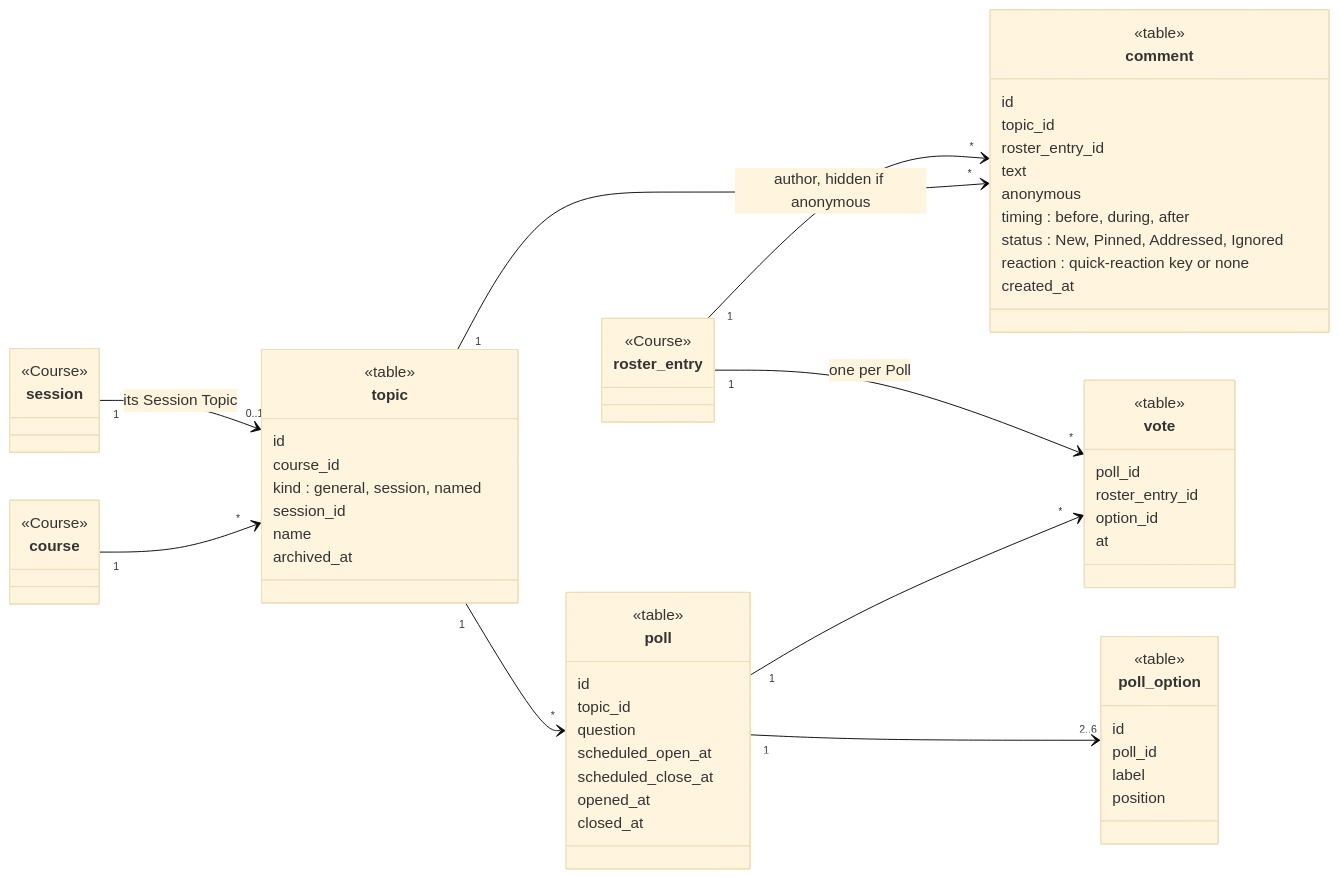
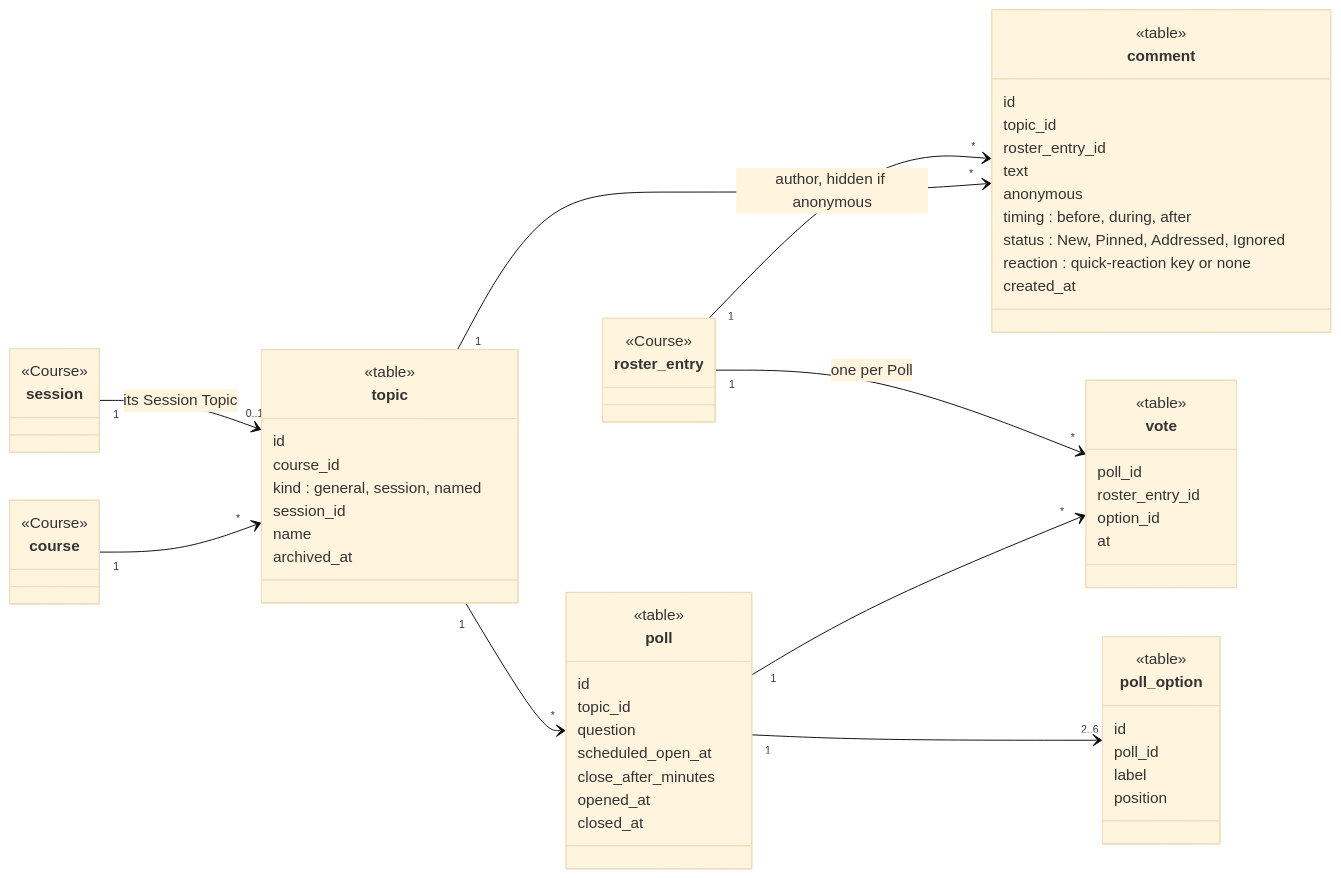
The fourth of 7 diagrams in docs/diagrams/class-diagram.md (ofeq-dev/class-connect), drawn with Mermaid (base theme) before and after one commit. The commit also changed other lines of this file and 1 other file, not shown here.

Commit message:
Record Polls' close_after_minutes, copyPoll and announce in the diagrams

````diff
--- a/docs/diagrams/class-diagram.md
+++ b/docs/diagrams/class-diagram.md
@@ -257,66 +259,66 @@
 ```mermaid
 classDiagram
   direction LR
   class course {
     <<Course>>
   }
   class session {
     <<Course>>
   }
   class roster_entry {
     <<Course>>
   }
   class topic {
     <<table>>
     id
     course_id
     kind : general, session, named
     session_id
     name
     archived_at
   }
   class comment {
     <<table>>
     id
     topic_id
     roster_entry_id
     text
     anonymous
     timing : before, during, after
     status : New, Pinned, Addressed, Ignored
     reaction : quick-reaction key or none
     created_at
   }
   class poll {
     <<table>>
     id
     topic_id
     question
     scheduled_open_at
-    scheduled_close_at
+    close_after_minutes
     opened_at
     closed_at
   }
   class poll_option {
     <<table>>
     id
     poll_id
     label
     position
   }
   class vote {
     <<table>>
     poll_id
     roster_entry_id
     option_id
     at
   }
   course "1" --> "*" topic
   session "1" --> "0..1" topic : its Session Topic
   topic "1" --> "*" comment
   topic "1" --> "*" poll
   poll "1" --> "2..6" poll_option
   poll "1" --> "*" vote
   roster_entry "1" --> "*" comment : author, hidden if anonymous
   roster_entry "1" --> "*" vote : one per Poll
 ```
````
